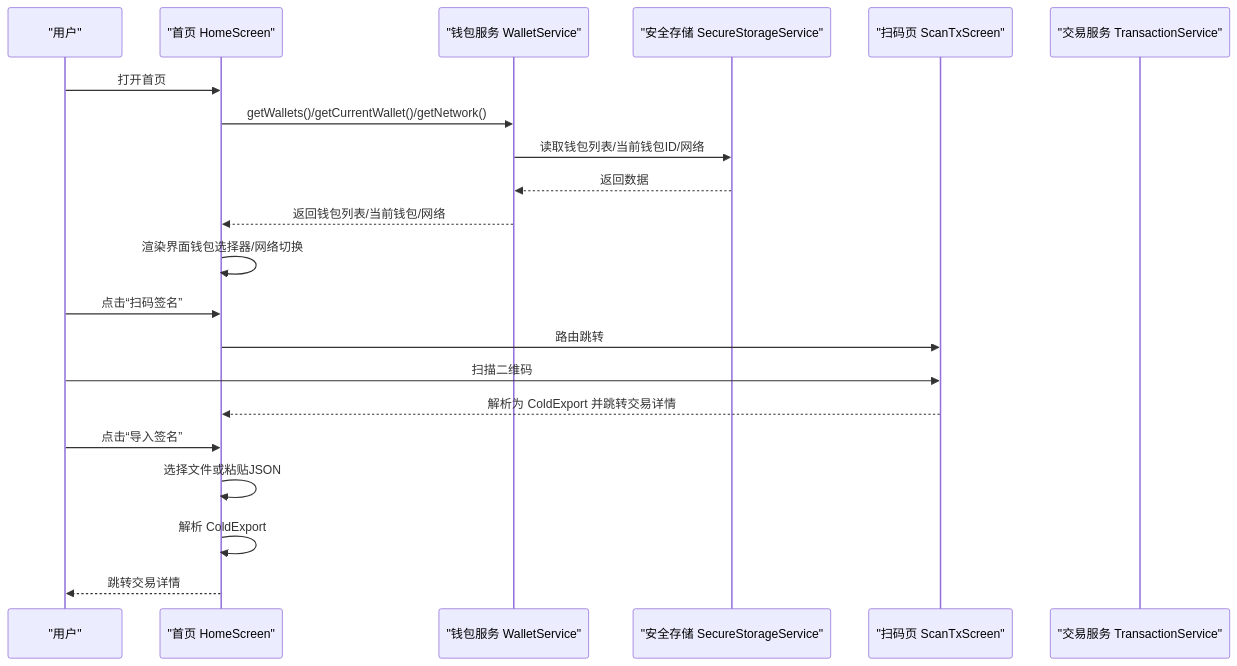
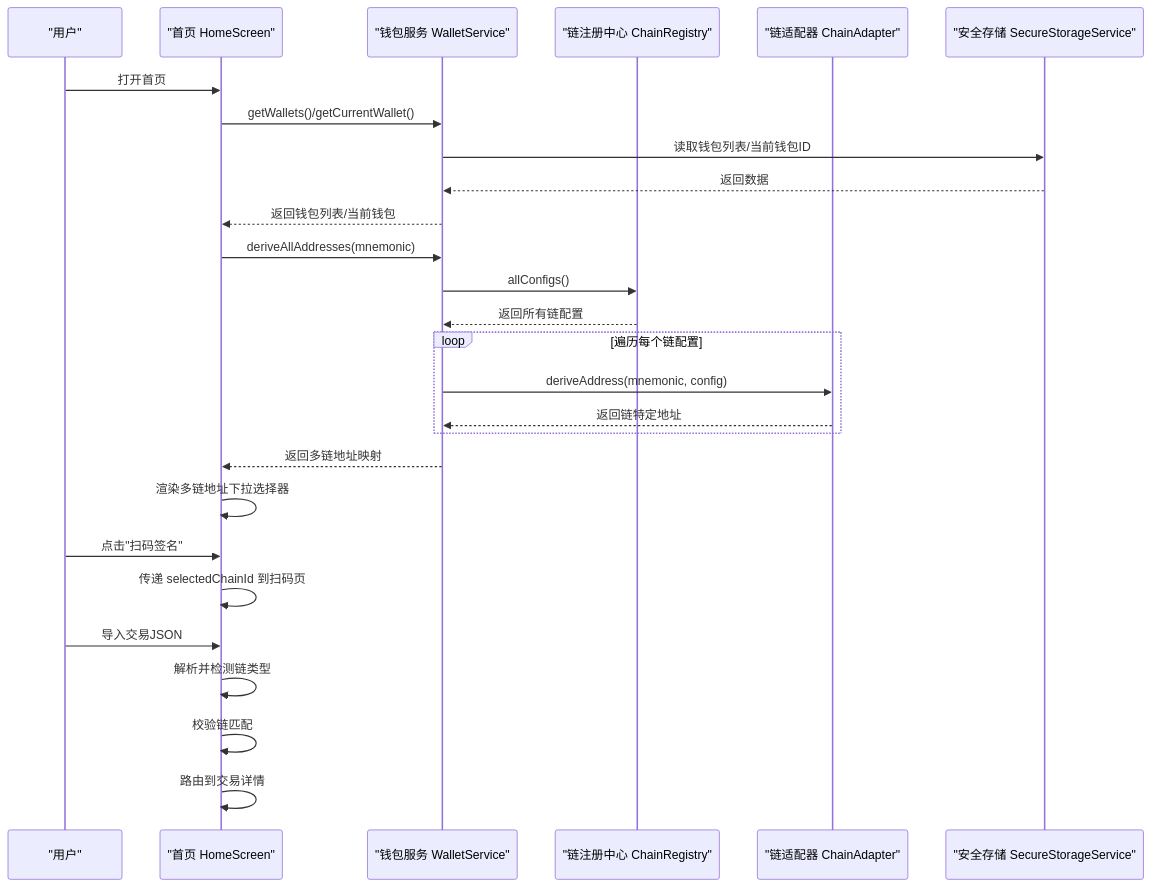
One commit to EqualToEthan/stasis changed the second of 4 diagrams in .qoder/repowiki/zh/content/用户界面/冷钱包App界面/首页界面.md. Above: the diagram before and after it, drawn with Mermaid. The commit also changed other lines of this file and 40 other files, not shown here.

````diff
--- a/.qoder/repowiki/zh/content/用户界面/冷钱包App界面/首页界面.md
+++ b/.qoder/repowiki/zh/content/用户界面/冷钱包App界面/首页界面.md
@@ -91,23 +116,29 @@
 ```mermaid
 sequenceDiagram
 participant U as "用户"
 participant H as "首页 HomeScreen"
 participant WS as "钱包服务 WalletService"
+participant CR as "链注册中心 ChainRegistry"
+participant CA as "链适配器 ChainAdapter"
 participant SS as "安全存储 SecureStorageService"
-participant S as "扫码页 ScanTxScreen"
-participant T as "交易服务 TransactionService"
 U->>H : 打开首页
-H->>WS : getWallets()/getCurrentWallet()/getNetwork()
-WS->>SS : 读取钱包列表/当前钱包ID/网络
+H->>WS : getWallets()/getCurrentWallet()
+WS->>SS : 读取钱包列表/当前钱包ID
 SS-->>WS : 返回数据
-WS-->>H : 返回钱包列表/当前钱包/网络
-H->>H : 渲染界面钱包选择器/网络切换
-U->>H : 点击“扫码签名”
-H->>S : 路由跳转
-U->>S : 扫描二维码
-S-->>H : 解析为 ColdExport 并跳转交易详情
-U->>H : 点击“导入签名”
-H->>H : 选择文件或粘贴JSON
-H->>H : 解析 ColdExport
-H-->>U : 跳转交易详情
+WS-->>H : 返回钱包列表/当前钱包
+H->>WS : deriveAllAddresses(mnemonic)
+WS->>CR : allConfigs()
+CR-->>WS : 返回所有链配置
+loop 遍历每个链配置
+WS->>CA : deriveAddress(mnemonic, config)
+CA-->>WS : 返回链特定地址
+end
+WS-->>H : 返回多链地址映射
+H->>H : 渲染多链地址下拉选择器
+U->>H : 点击"扫码签名"
+H->>H : 传递 selectedChainId 到扫码页
+U->>H : 导入交易JSON
+H->>H : 解析并检测链类型
+H->>H : 校验链匹配
+H->>H : 路由到交易详情
 ```
````
